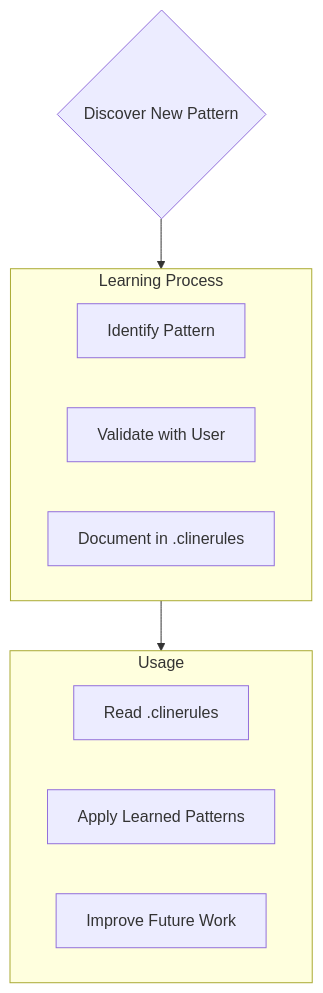
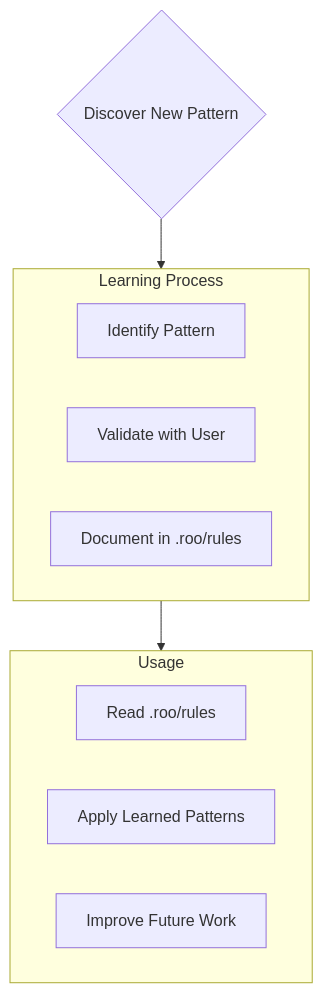
One commit to ModerRAS/TelegramSearchBot changed the fifth of 5 diagrams in .roo/rules/memory-bank.md. Above: the diagram before and after it, drawn with Mermaid. The commit also changed other lines of this file and 9 other files, not shown here.

````diff
--- a/.roo/rules/memory-bank.md
+++ b/.roo/rules/memory-bank.md
@@ -123,19 +123,19 @@
 ```mermaid
 flowchart TD
     Start{Discover New Pattern}
     
     subgraph Learn [Learning Process]
         D1[Identify Pattern]
         D2[Validate with User]
-        D3[Document in .clinerules]
+        D3[Document in .roo/rules]
     end
     
     subgraph Apply [Usage]
-        A1[Read .clinerules]
+        A1[Read .roo/rules]
         A2[Apply Learned Patterns]
         A3[Improve Future Work]
     end
     
     Start --> Learn
     Learn --> Apply
 ```
````
